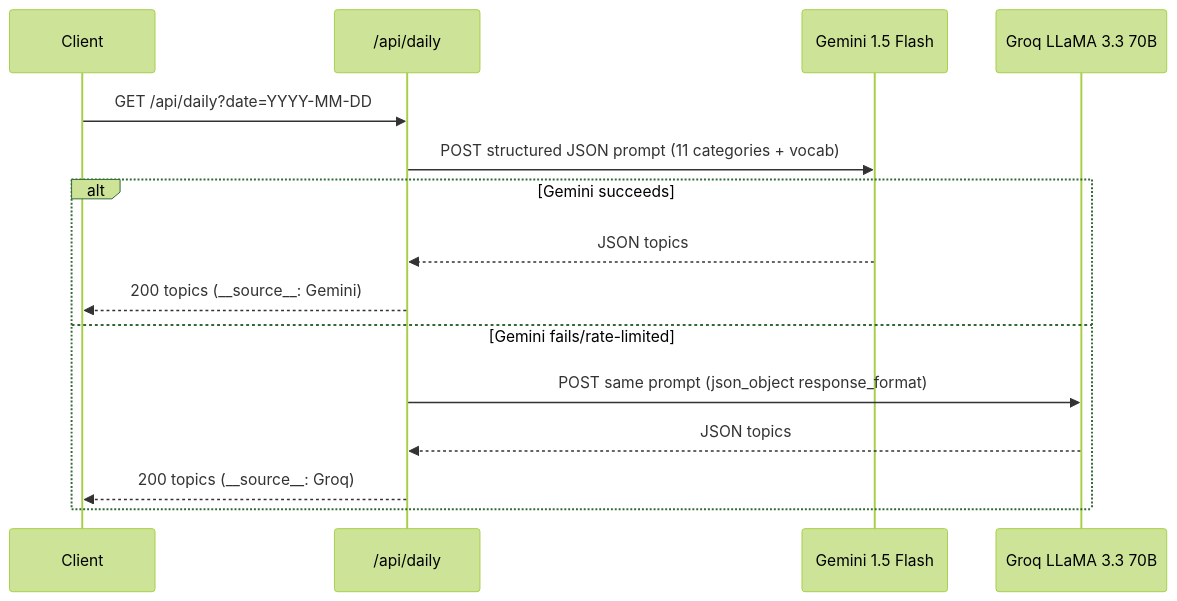
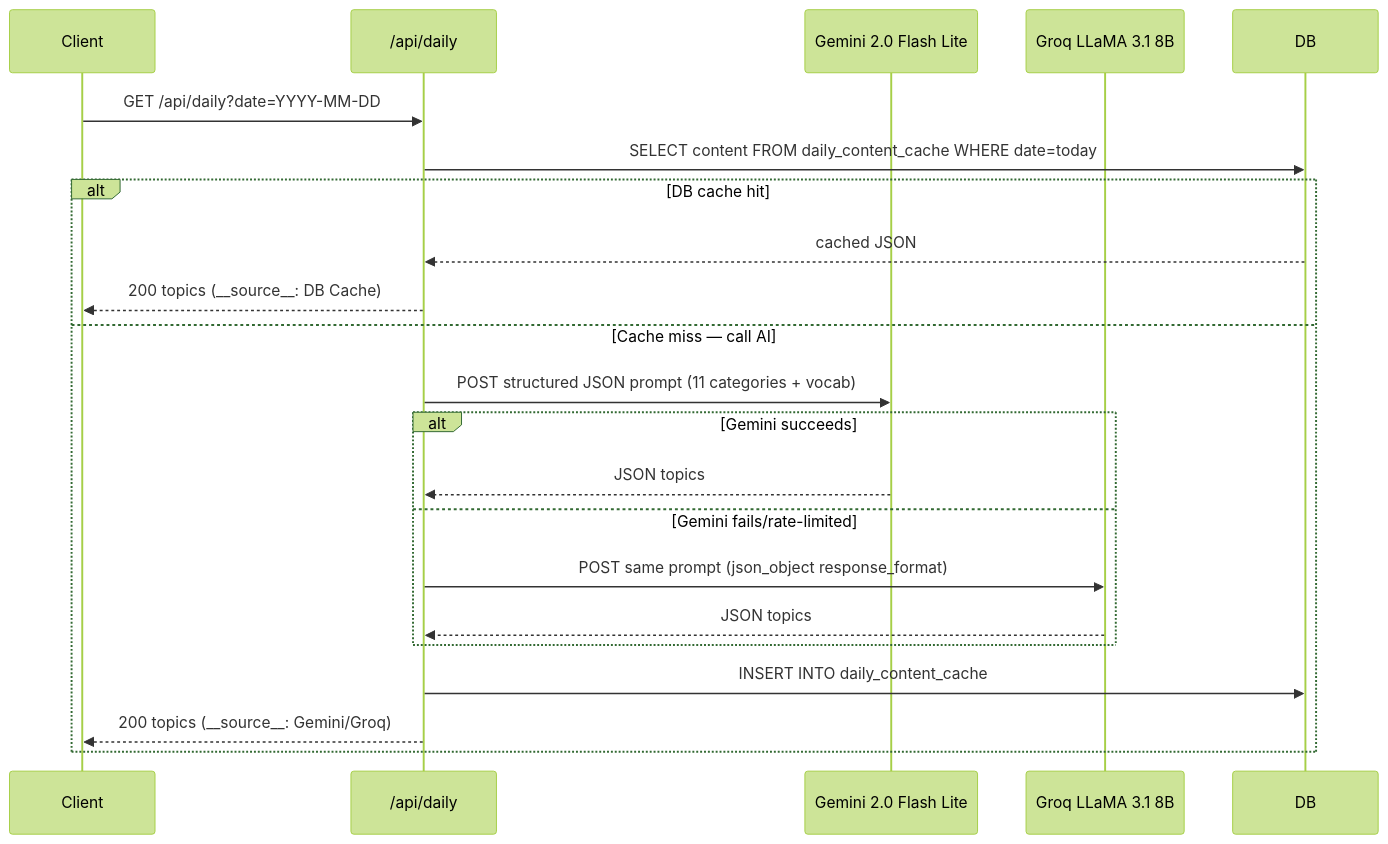
The third of 3 diagrams in README.md (pavandoddavarapu/english-project-testing), drawn with Mermaid (forest theme) before and after one commit. The commit also changed other lines of this file, not shown here.

Commit message:
docs: update README with DB cache, new AI models, 15s min recording, mono audio, cost optimizations

````diff
--- a/README.md
+++ b/README.md
@@ -347,18 +353,24 @@
 ```mermaid
 sequenceDiagram
     participant C as Client
     participant D as /api/daily
-    participant GF as Gemini 1.5 Flash
-    participant GR as Groq LLaMA 3.3 70B
+    participant GF as Gemini 2.0 Flash Lite
+    participant GR as Groq LLaMA 3.1 8B
 
     C->>D: GET /api/daily?date=YYYY-MM-DD
-    D->>GF: POST structured JSON prompt (11 categories + vocab)
-    alt Gemini succeeds
-        GF-->>D: JSON topics
-        D-->>C: 200 topics (__source__: Gemini)
-    else Gemini fails/rate-limited
-        D->>GR: POST same prompt (json_object response_format)
-        GR-->>D: JSON topics
-        D-->>C: 200 topics (__source__: Groq)
+    D->>DB: SELECT content FROM daily_content_cache WHERE date=today
+    alt DB cache hit
+        DB-->>D: cached JSON
+        D-->>C: 200 topics (__source__: DB Cache)
+    else Cache miss — call AI
+        D->>GF: POST structured JSON prompt (11 categories + vocab)
+        alt Gemini succeeds
+            GF-->>D: JSON topics
+        else Gemini fails/rate-limited
+            D->>GR: POST same prompt (json_object response_format)
+            GR-->>D: JSON topics
+        end
+        D->>DB: INSERT INTO daily_content_cache
+        D-->>C: 200 topics (__source__: Gemini/Groq)
     end
 ```
````
